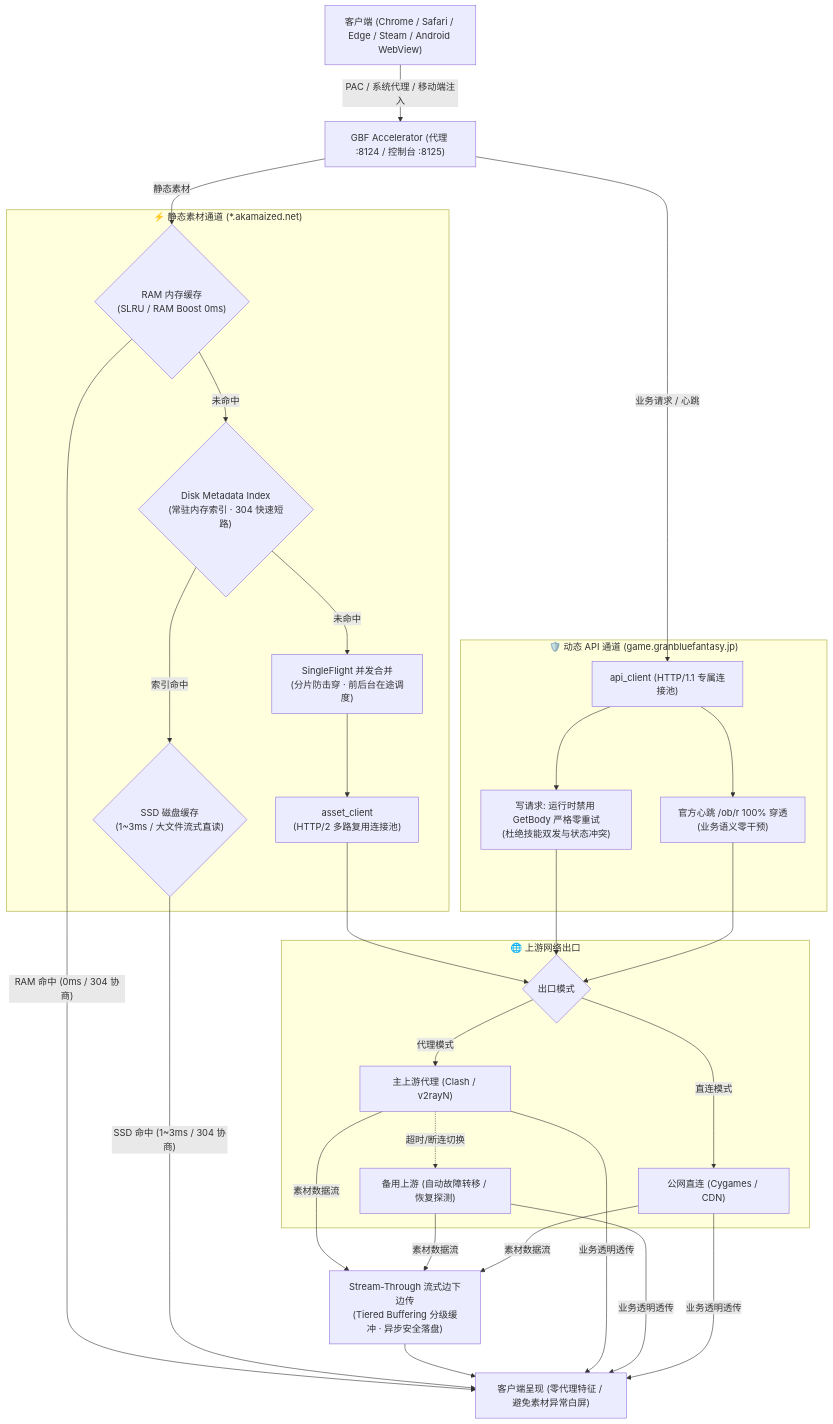
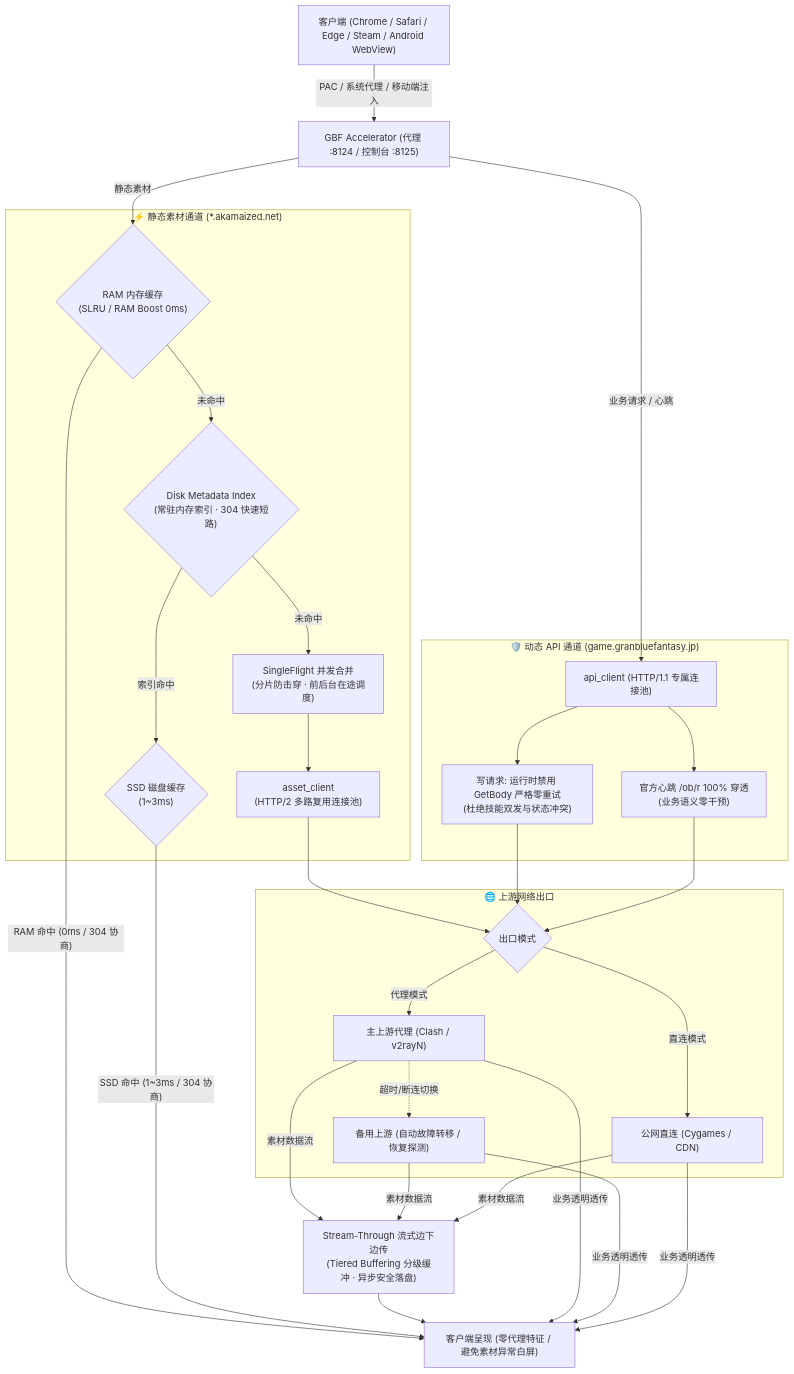
One commit to Sagisawa/GBF-Accelerator changed the diagram in README.md. Above: the diagram before and after it, drawn with Mermaid. The commit also changed other lines of this file, not shown here.

First line of the commit message:
docs(readme): remove obsolete disk cache streaming descriptions

````diff
--- a/README.md
+++ b/README.md
@@ -45,59 +45,59 @@
 ```mermaid
 flowchart TD
     Client["客户端 (Chrome / Safari / Edge / Steam / Android WebView)"]
     Proxy["GBF Accelerator (代理 :8124 / 控制台 :8125)"]
 
     Client -->|"PAC / 系统代理 / 移动端注入"| Proxy
 
     subgraph AssetChannel ["⚡ 静态素材通道 (*.akamaized.net)"]
         RAMCheck{"RAM 内存缓存<br/>(SLRU / RAM Boost 0ms)"}
         DiskMeta{"Disk Metadata Index<br/>(常驻内存索引 · 304 快速短路)"}
-        DiskCheck{"SSD 磁盘缓存<br/>(1~3ms / 大文件流式直读)"}
+        DiskCheck{"SSD 磁盘缓存<br/>(1~3ms)"}
         SingleFlight["SingleFlight 并发合并<br/>(分片防击穿 · 前后台在途调度)"]
         AssetClient["asset_client<br/>(HTTP/2 多路复用连接池)"]
 
         RAMCheck -->|"未命中"| DiskMeta
         DiskMeta -->|"索引命中"| DiskCheck
         DiskMeta -->|"未命中"| SingleFlight
         SingleFlight --> AssetClient
     end
 
     subgraph APIChannel ["🛡️ 动态 API 通道 (game.granbluefantasy.jp)"]
         APIClient["api_client (HTTP/1.1 专属连接池)"]
         ZeroRetry["写请求: 运行时禁用 GetBody 严格零重试<br/>(杜绝技能双发与状态冲突)"]
         Heartbeat["官方心跳 /ob/r 100% 穿透<br/>(业务语义零干预)"]
 
         APIClient --> ZeroRetry
         APIClient --> Heartbeat
     end
 
     subgraph UpstreamGateway ["🌐 上游网络出口"]
         UpstreamMode{"出口模式"}
         UpstreamProxy["主上游代理 (Clash / v2rayN)"]
         FailoverProxy["备用上游 (自动故障转移 / 恢复探测)"]
         DirectNet["公网直连 (Cygames / CDN)"]
 
         UpstreamMode -->|"代理模式"| UpstreamProxy
         UpstreamProxy -.->|"超时/断连切换"| FailoverProxy
         UpstreamMode -->|"直连模式"| DirectNet
     end
 
     Proxy -->|"静态素材"| RAMCheck
     Proxy -->|"业务请求 / 心跳"| APIClient
 
     AssetClient --> UpstreamMode
     ZeroRetry --> UpstreamMode
     Heartbeat --> UpstreamMode
 
     UpstreamProxy -->|"素材数据流"| StreamThrough["Stream-Through 流式边下边传<br/>(Tiered Buffering 分级缓冲 · 异步安全落盘)"]
     FailoverProxy -->|"素材数据流"| StreamThrough
     DirectNet -->|"素材数据流"| StreamThrough
 
     RAMCheck -->|"RAM 命中 (0ms / 304 协商)"| Deliver["客户端呈现 (零代理特征 / 避免素材异常白屏)"]
     DiskCheck -->|"SSD 命中 (1~3ms / 304 协商)"| Deliver
     StreamThrough --> Deliver
 
     UpstreamProxy -->|"业务透明透传"| Deliver
     FailoverProxy -->|"业务透明透传"| Deliver
     DirectNet -->|"业务透明透传"| Deliver
 ```
````
